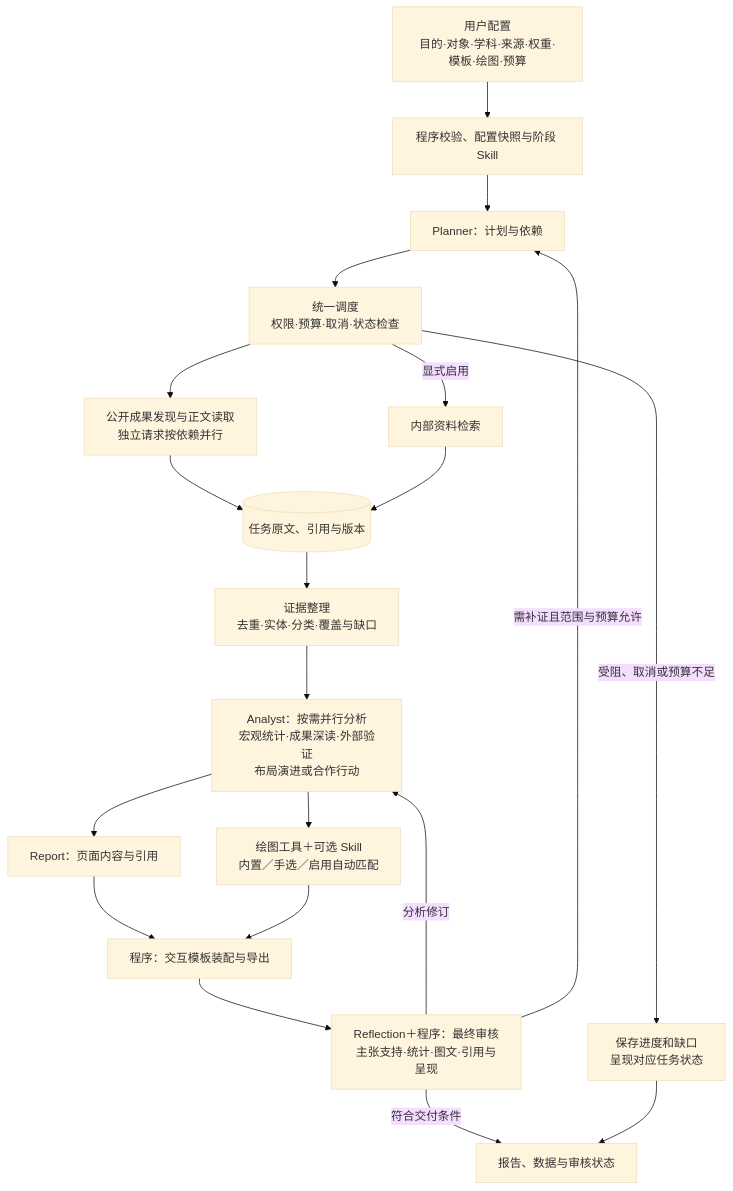
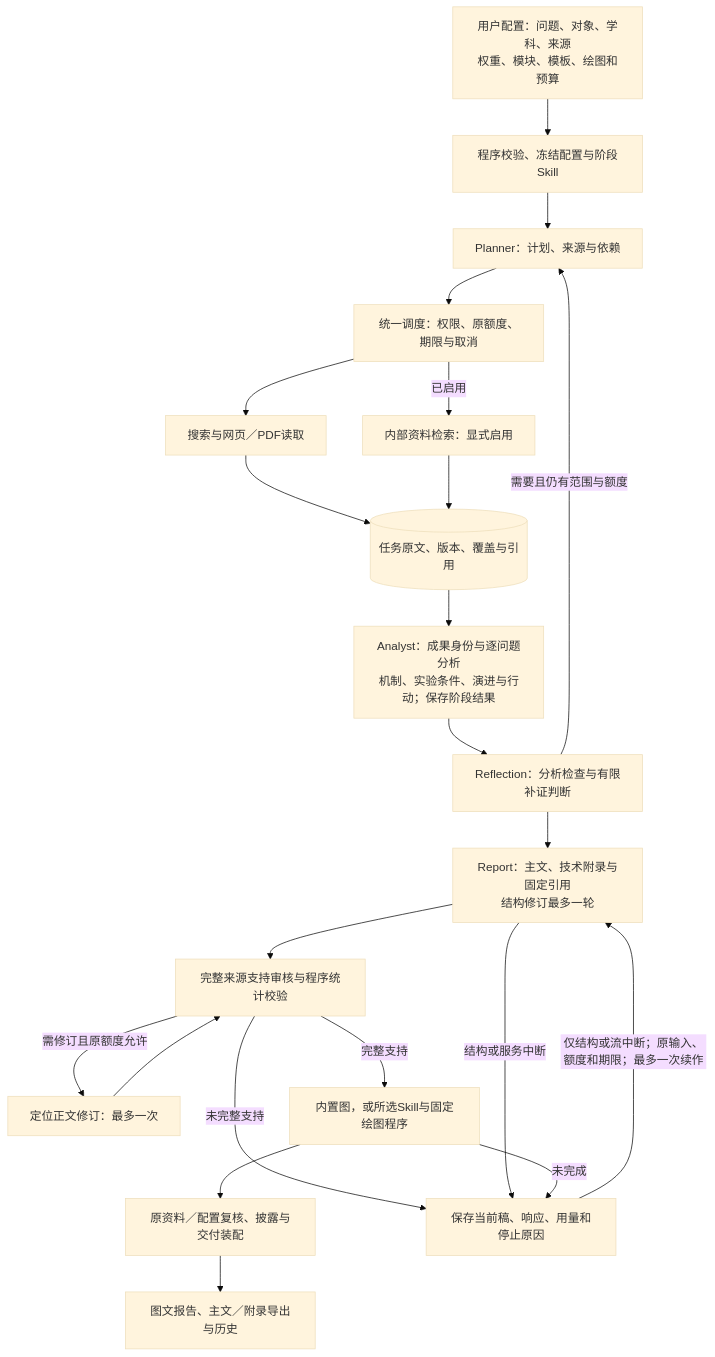
Before and after one commit to wblxr408/Agentic-Deep-Research-System: the diagram in README.md, drawn with Mermaid (base theme). The commit also changed other lines of this file and 1 other file, not shown here.

````diff
--- a/README.md
+++ b/README.md
@@ -105,24 +34,30 @@
 ```mermaid
 flowchart TB
-    U["用户配置<br/>目的·对象·学科·来源·权重·模板·绘图·预算"]
-    C["程序校验、配置快照与阶段 Skill"]
-    P["Planner：计划与依赖"]
-    D["统一调度<br/>权限·预算·取消·状态检查"]
+    U["用户配置：问题、对象、学科、来源<br/>权重、模块、模板、绘图和预算"]
+    C["程序校验、冻结配置与阶段Skill"]
+    P["Planner：计划、来源与依赖"]
+    D["统一调度：权限、原额度、期限与取消"]
+    W["搜索与网页／PDF读取"]
+    K["内部资料检索：显式启用"]
+    E[("任务原文、版本、覆盖与引用")]
+    A["Analyst：成果身份与逐问题分析<br/>机制、实验条件、演进与行动；保存阶段结果"]
+    F["Reflection：分析检查与有限补证判断"]
+    R["Report：主文、技术附录与固定引用<br/>结构修订最多一轮"]
+    Q["完整来源支持审核与程序统计校验"]
+    V["定位正文修订：最多一次"]
+    G["内置图，或所选Skill与固定绘图程序"]
+    H["原资料／配置复核、披露与交付装配"]
+    O["图文报告、主文／附录导出与历史"]
+    S["保存当前稿、响应、用量和停止原因"]
     U --> C --> P --> D
-    D --> W["公开成果发现与正文读取<br/>独立请求按依赖并行"]
-    D -->|显式启用| K["内部资料检索"]
-    W --> E[("任务原文、引用与版本")]
-    K --> E
-    E --> N["证据整理<br/>去重·实体·分类·覆盖与缺口"]
-    N --> A["Analyst：按需并行分析<br/>宏观统计·成果深读·外部验证<br/>布局演进或合作行动"]
-    A --> R["Report：页面内容与引用"]
-    A --> G["绘图工具＋可选 Skill<br/>内置／手选／启用自动匹配"]
-    R --> H["程序：交互模板装配与导出"]
-    G --> H
-    H --> Q["Reflection＋程序：最终审核<br/>主张支持·统计·图文·引用与呈现"]
-    Q -->|符合交付条件| O["报告、数据与审核状态"]
-    Q -->|分析修订| A
-    Q -->|需补证且范围与预算允许| P
-    D -->|受阻、取消或预算不足| Z["保存进度和缺口<br/>呈现对应任务状态"]
-    Z --> O
+    D --> W --> E
+    D -->|已启用| K --> E
+    E --> A --> F --> R --> Q
+    F -->|需要且仍有范围与额度| P
+    Q -->|需修订且原额度允许| V --> Q
+    Q -->|完整支持| G --> H --> O
+    Q -->|未完整支持| S
+    R -->|结构或服务中断| S
+    G -->|未完成| S
+    S -->|仅结构或流中断；原输入、额度和期限；最多一次续作| R
 ```
````
